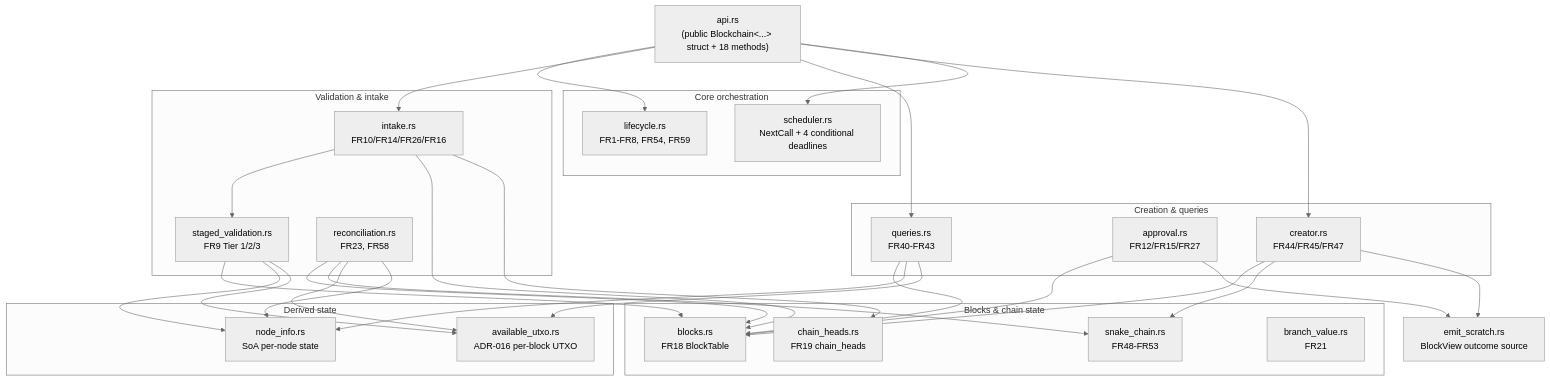
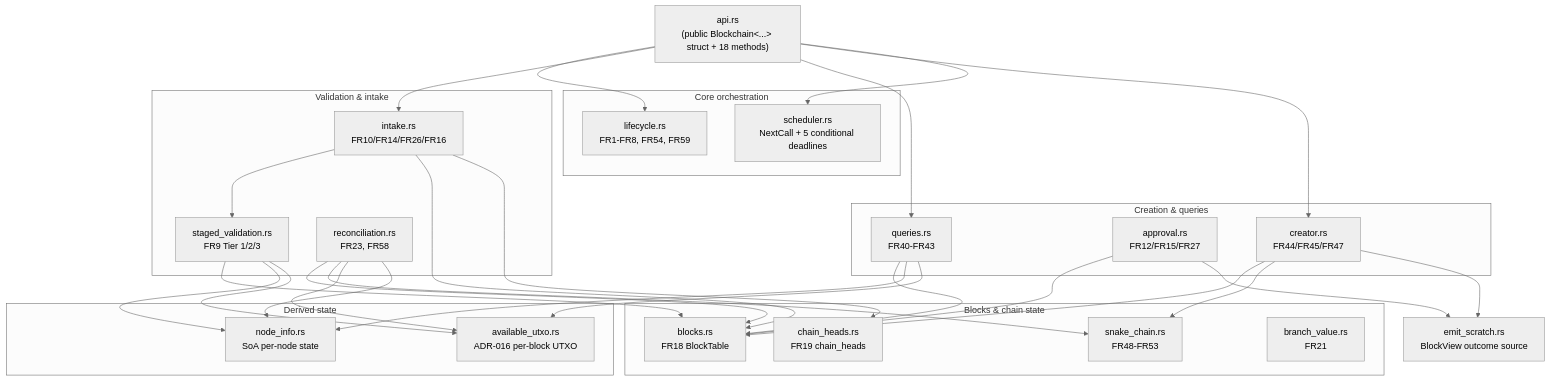
One commit to petersallai/moonblokz-info changed the third of 3 diagrams in moonblokz-blockchain-architecture.md. Above: the diagram before and after it, drawn with Mermaid (neutral theme). The commit also changed other lines of this file and 11 other files, not shown here.

````diff
--- a/moonblokz-blockchain-architecture.md
+++ b/moonblokz-blockchain-architecture.md
@@ -498,59 +498,59 @@
 ```mermaid
 graph TB
     PublicAPI["api.rs<br/>(public Blockchain&lt;...&gt; struct + 18 methods)"]
 
     subgraph CoreOrch["Core orchestration"]
         Lifecycle["lifecycle.rs<br/>FR1-FR8, FR54, FR59"]
-        Scheduler["scheduler.rs<br/>NextCall + 4 conditional deadlines"]
+        Scheduler["scheduler.rs<br/>NextCall + 5 conditional deadlines"]
     end
 
     subgraph BlocksAndChain["Blocks & chain state"]
         Blocks["blocks.rs<br/>FR18 BlockTable"]
         ChainHeads["chain_heads.rs<br/>FR19 chain_heads"]
         SnakeChain["snake_chain.rs<br/>FR48-FR53"]
         BranchValue["branch_value.rs<br/>FR21"]
     end
 
     subgraph Validation["Validation & intake"]
         Intake["intake.rs<br/>FR10/FR14/FR26/FR16"]
         StagedValidation["staged_validation.rs<br/>FR9 Tier 1/2/3"]
         Reconciliation["reconciliation.rs<br/>FR23, FR58"]
     end
 
     subgraph DerivedState["Derived state"]
         NodeInfo["node_info.rs<br/>SoA per-node state"]
         AvailableUtxo["available_utxo.rs<br/>ADR-016 per-block UTXO"]
     end
 
     subgraph CreationQueries["Creation & queries"]
         Creator["creator.rs<br/>FR44/FR45/FR47"]
         Approval["approval.rs<br/>FR12/FR15/FR27"]
         Queries["queries.rs<br/>FR40-FR43"]
     end
 
     EmitScratch["emit_scratch.rs<br/>BlockView outcome source"]
 
     PublicAPI --> Lifecycle
     PublicAPI --> Intake
     PublicAPI --> Queries
     PublicAPI --> Creator
     PublicAPI --> Scheduler
     Intake --> StagedValidation
     Intake --> Blocks
     Intake --> ChainHeads
     StagedValidation --> Blocks
     StagedValidation --> NodeInfo
     StagedValidation --> AvailableUtxo
     Reconciliation --> Blocks
     Reconciliation --> SnakeChain
     Reconciliation --> AvailableUtxo
     Reconciliation --> NodeInfo
     Creator --> Blocks
     Creator --> SnakeChain
     Creator --> EmitScratch
     Approval --> Blocks
     Approval --> EmitScratch
     Queries --> Blocks
     Queries --> NodeInfo
     Queries --> AvailableUtxo
 ```
````
